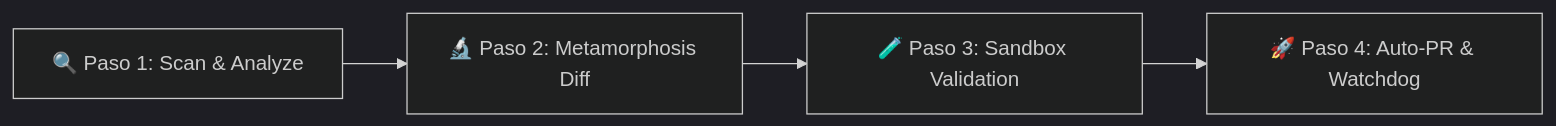
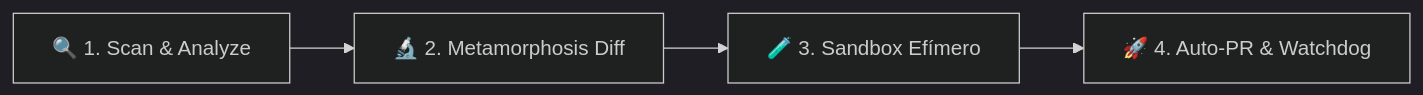
One commit to amglogicalis/lepism-repo-public changed the diagram in README.md. Above: the diagram before and after it, drawn with Mermaid (dark theme). The commit also changed other lines of this file and 1 other file, not shown here.

````diff
--- a/README.md
+++ b/README.md
@@ -39,6 +64,6 @@
 ```mermaid
 flowchart LR
-    A[🔍 Paso 1: Scan & Analyze] --> B[🔬 Paso 2: Metamorphosis Diff]
-    B --> C[🧪 Paso 3: Sandbox Validation]
-    C --> D[🚀 Paso 4: Auto-PR & Watchdog]
+    A[🔍 1. Scan & Analyze] --> B[🔬 2. Metamorphosis Diff]
+    B --> C[🧪 3. Sandbox Efímero]
+    C --> D[🚀 4. Auto-PR & Watchdog]
 ```
````
